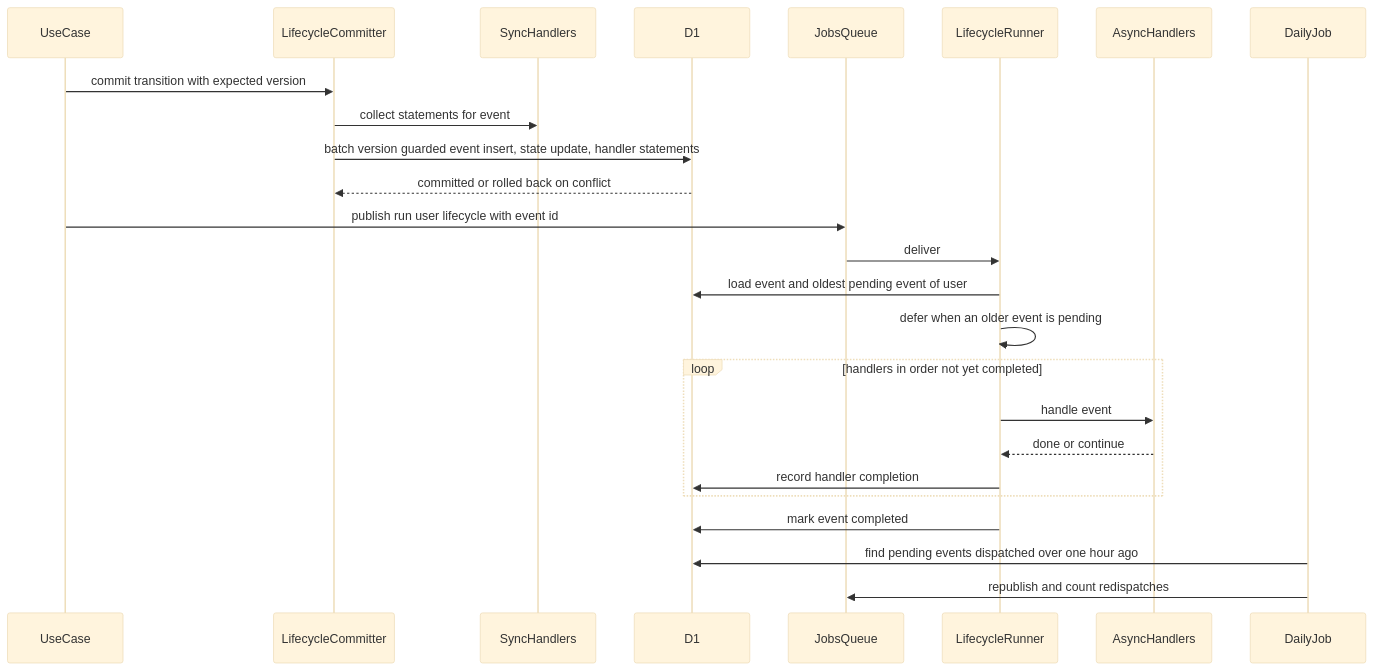
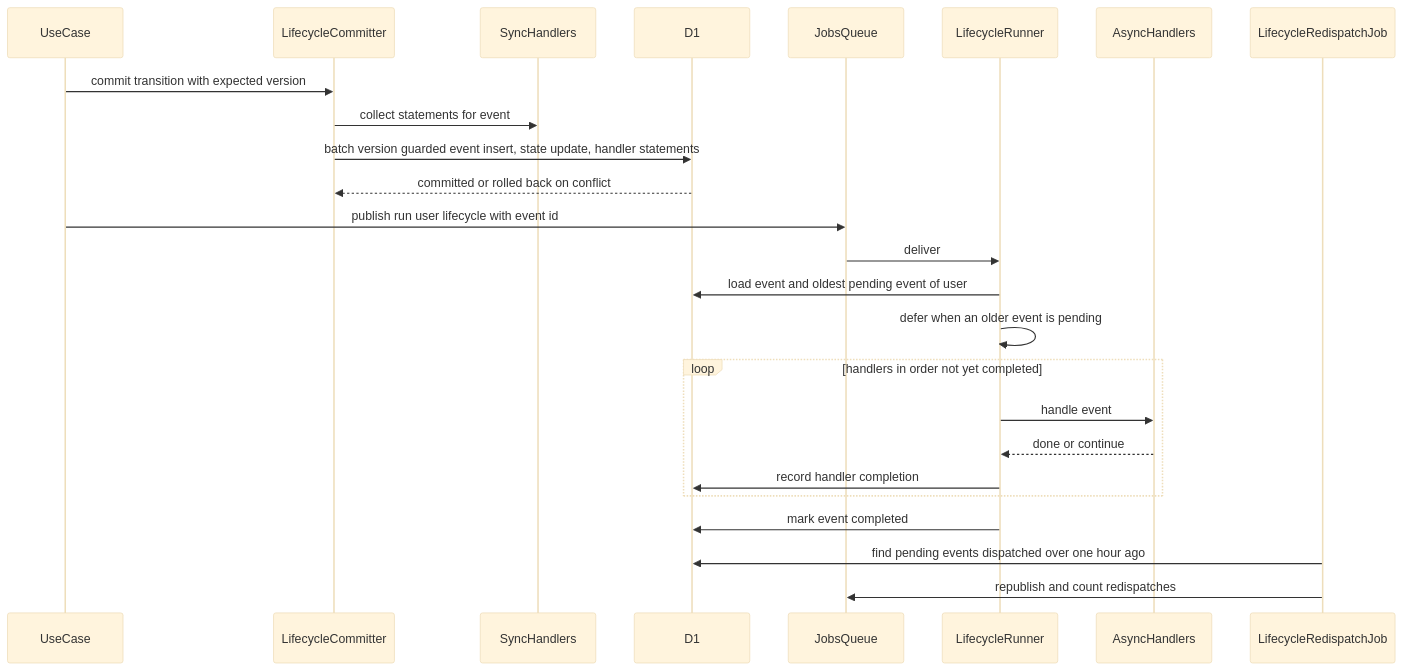
Before and after one commit to kurachiweb/genai-example-2-launch-platform: the seventh of 11 diagrams in .kiro/specs/identity-auth/design.md, drawn with Mermaid (base theme). The commit also changed other lines of this file and 6 other files, not shown here.

````diff
--- a/.kiro/specs/identity-auth/design.md
+++ b/.kiro/specs/identity-auth/design.md
@@ -601,27 +602,27 @@
 ```mermaid
 sequenceDiagram
     participant C as UseCase
     participant K as LifecycleCommitter
     participant H as SyncHandlers
     participant D as D1
     participant Q as JobsQueue
     participant R as LifecycleRunner
     participant A as AsyncHandlers
-    participant J as DailyJob
+    participant J as LifecycleRedispatchJob
     C->>K: commit transition with expected version
     K->>H: collect statements for event
     K->>D: batch version guarded event insert, state update, handler statements
     D-->>K: committed or rolled back on conflict
     C->>Q: publish run user lifecycle with event id
     Q->>R: deliver
     R->>D: load event and oldest pending event of user
     R->>R: defer when an older event is pending
     loop handlers in order not yet completed
         R->>A: handle event
         A-->>R: done or continue
         R->>D: record handler completion
     end
     R->>D: mark event completed
     J->>D: find pending events dispatched over one hour ago
     J->>Q: republish and count redispatches
 ```
````
